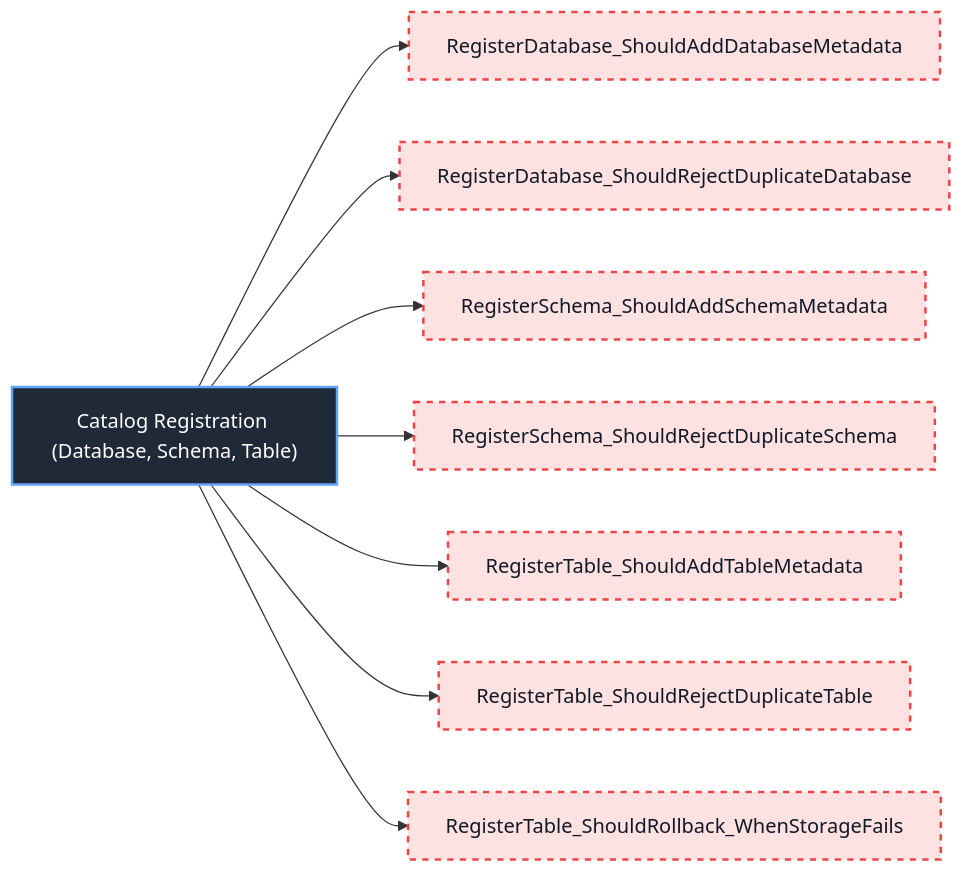
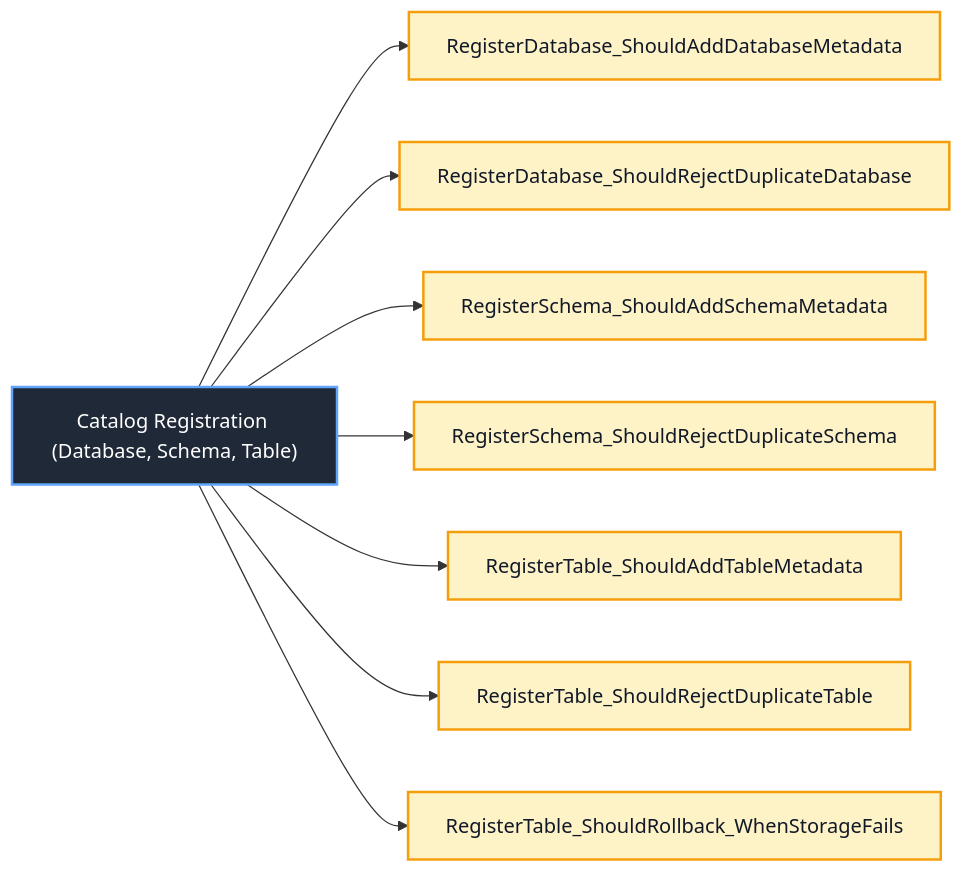
One commit to Hagiakhanh/bbv-dbms changed diagram 45 of 53 in docs/sequence-diagrams/README.md. Above: the diagram before and after it, drawn with Mermaid. The commit also changed other lines of this file and 30 other files, not shown here.

````diff
--- a/docs/sequence-diagrams/README.md
+++ b/docs/sequence-diagrams/README.md
@@ -1677,19 +1678,19 @@
 ```mermaid
 flowchart LR
     ClassNode["Catalog Registration (Database, Schema, Table)"]
 
     ClassNode --> Catalog_Registration__Database__Schema__Table__1["RegisterDatabase_ShouldAddDatabaseMetadata"]
     ClassNode --> Catalog_Registration__Database__Schema__Table__2["RegisterDatabase_ShouldRejectDuplicateDatabase"]
     ClassNode --> Catalog_Registration__Database__Schema__Table__3["RegisterSchema_ShouldAddSchemaMetadata"]
     ClassNode --> Catalog_Registration__Database__Schema__Table__4["RegisterSchema_ShouldRejectDuplicateSchema"]
     ClassNode --> Catalog_Registration__Database__Schema__Table__5["RegisterTable_ShouldAddTableMetadata"]
     ClassNode --> Catalog_Registration__Database__Schema__Table__6["RegisterTable_ShouldRejectDuplicateTable"]
     ClassNode --> Catalog_Registration__Database__Schema__Table__7["RegisterTable_ShouldRollback_WhenStorageFails"]
 
     classDef classNode fill:#1f2937,stroke:#60a5fa,color:#ffffff,stroke-width:2px
     classDef completedTest fill:#dcfce7,stroke:#22c55e,color:#111827,stroke-width:2px
-    classDef missingTest fill:#fee2e2,stroke:#ef4444,color:#111827,stroke-width:2px,stroke-dasharray:5 5
+    classDef redPhaseTest fill:#fef3c7,stroke:#f59e0b,color:#111827,stroke-width:2px
 
     class ClassNode classNode
-    class Catalog_Registration__Database__Schema__Table__1,Catalog_Registration__Database__Schema__Table__2,Catalog_Registration__Database__Schema__Table__3,Catalog_Registration__Database__Schema__Table__4,Catalog_Registration__Database__Schema__Table__5,Catalog_Registration__Database__Schema__Table__6,Catalog_Registration__Database__Schema__Table__7 missingTest
+    class Catalog_Registration__Database__Schema__Table__1,Catalog_Registration__Database__Schema__Table__2,Catalog_Registration__Database__Schema__Table__3,Catalog_Registration__Database__Schema__Table__4,Catalog_Registration__Database__Schema__Table__5,Catalog_Registration__Database__Schema__Table__6,Catalog_Registration__Database__Schema__Table__7 redPhaseTest
 ```
````
